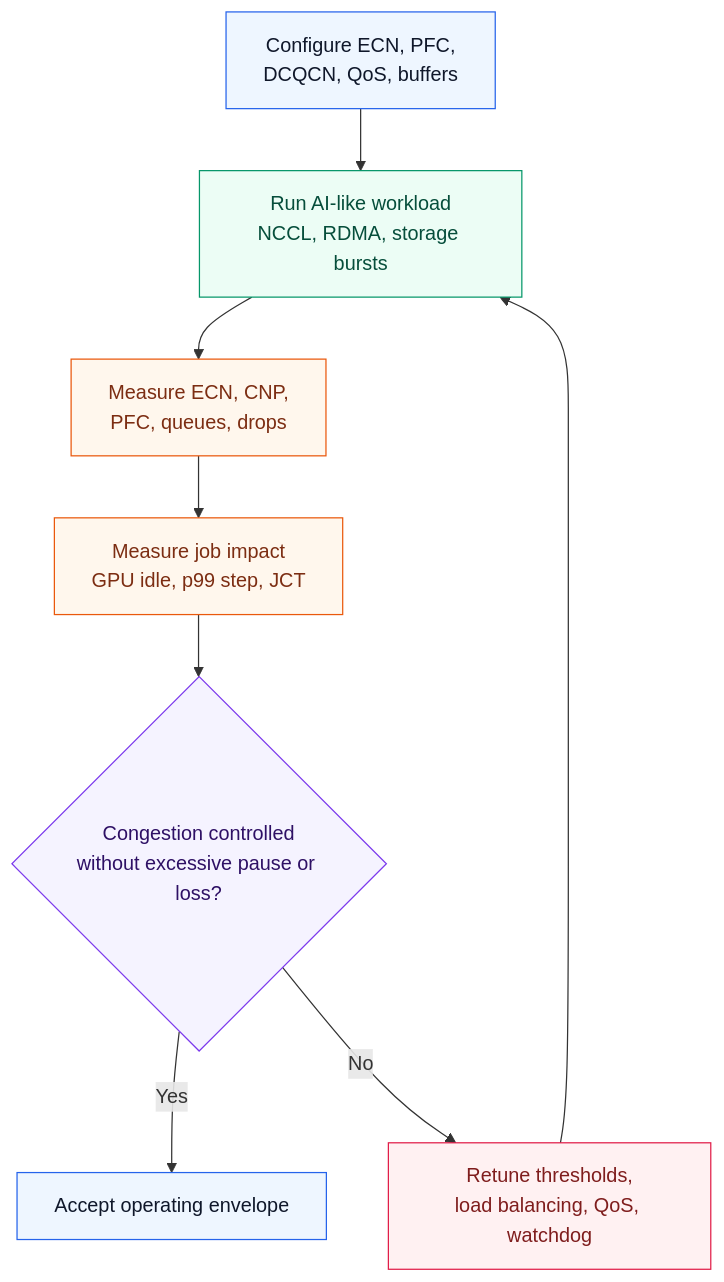
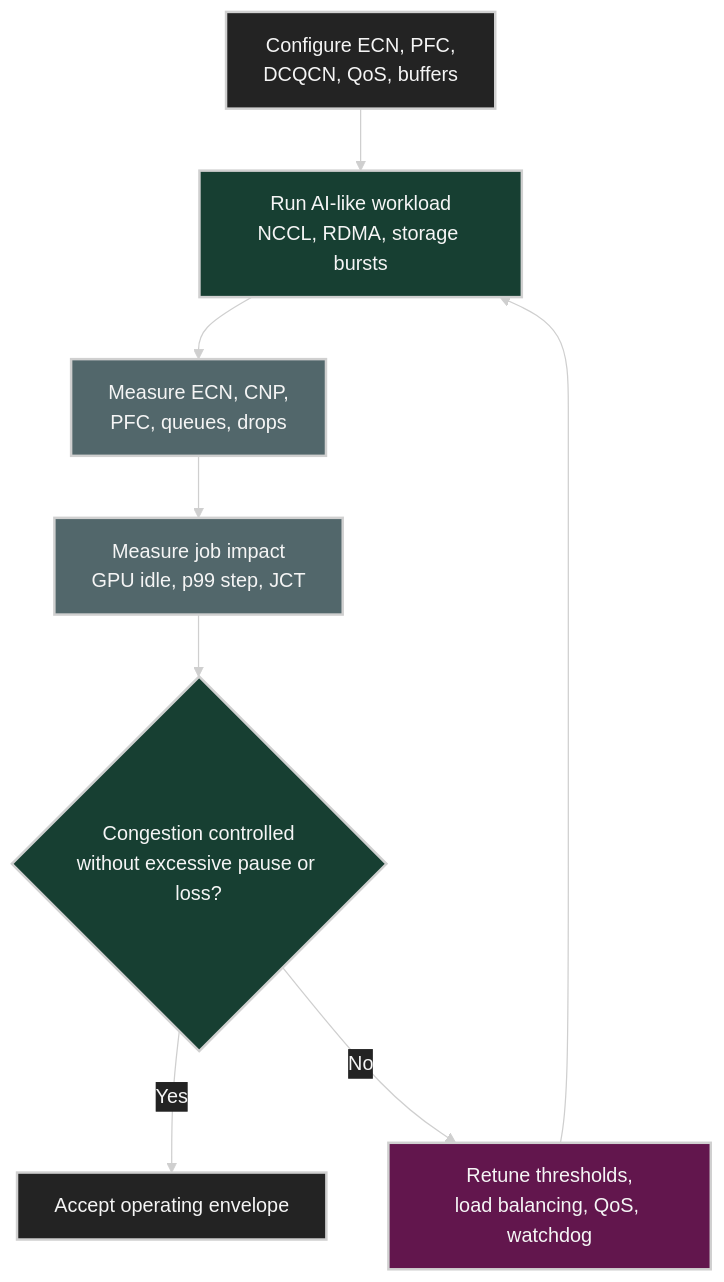
One commit to ziwon/ai-data-center-network changed the tenth of 10 diagrams in ai-data-center-network/chap07/README.md. Above: the diagram before and after it, drawn with Mermaid. The commit also changed other lines of this file and 35 other files, not shown here.

Commit message:
docs(mermaid): apply dark diagram style

````diff
--- a/ai-data-center-network/chap07/README.md
+++ b/ai-data-center-network/chap07/README.md
@@ -710,21 +719,22 @@
 ```mermaid
+%%{init: {"theme": "base", "themeVariables": {"background": "#171717", "primaryColor": "#232323", "primaryTextColor": "#f5f5f5", "primaryBorderColor": "#d0d0d0", "lineColor": "#cfcfcf", "fontFamily": "Inter, Arial, sans-serif"}}}%%
 flowchart TB
-    classDef config fill:#eef6ff,stroke:#2563eb,color:#0f172a
-    classDef test fill:#ecfdf5,stroke:#059669,color:#064e3b
-    classDef signal fill:#fff7ed,stroke:#ea580c,color:#7c2d12
-    classDef decision fill:#f5f3ff,stroke:#7c3aed,color:#2e1065
-    classDef fix fill:#fff1f2,stroke:#e11d48,color:#7f1d1d
+    classDef config fill:#232323,stroke:#d0d0d0,color:#f5f5f5,stroke-width:2px;
+    classDef test fill:#173f32,stroke:#d0d0d0,color:#f5f5f5,stroke-width:2px;
+    classDef signal fill:#52676b,stroke:#d0d0d0,color:#f5f5f5,stroke-width:2px;
+    classDef decision fill:#173f32,stroke:#d0d0d0,color:#f5f5f5,stroke-width:2px;
+    classDef fix fill:#62164d,stroke:#d0d0d0,color:#f5f5f5,stroke-width:2px;
 
     C[Configure ECN, PFC,<br/>DCQCN, QoS, buffers]:::config
     W[Run AI-like workload<br/>NCCL, RDMA, storage bursts]:::test
     M[Measure ECN, CNP,<br/>PFC, queues, drops]:::signal
     J[Measure job impact<br/>GPU idle, p99 step, JCT]:::signal
     D{Congestion controlled<br/>without excessive pause or loss?}:::decision
     A[Accept operating envelope]:::config
     F[Retune thresholds,<br/>load balancing, QoS, watchdog]:::fix
 
     C --> W --> M --> J --> D
     D -->|Yes| A
     D -->|No| F
     F --> W
 ```
````
